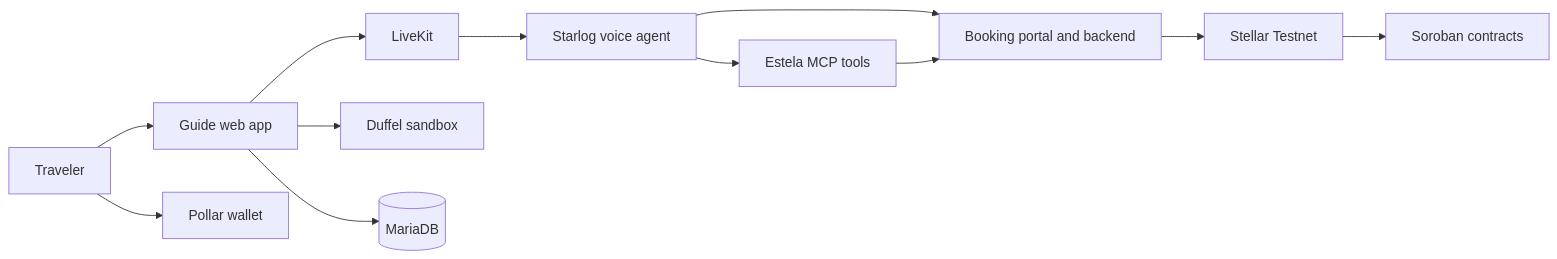
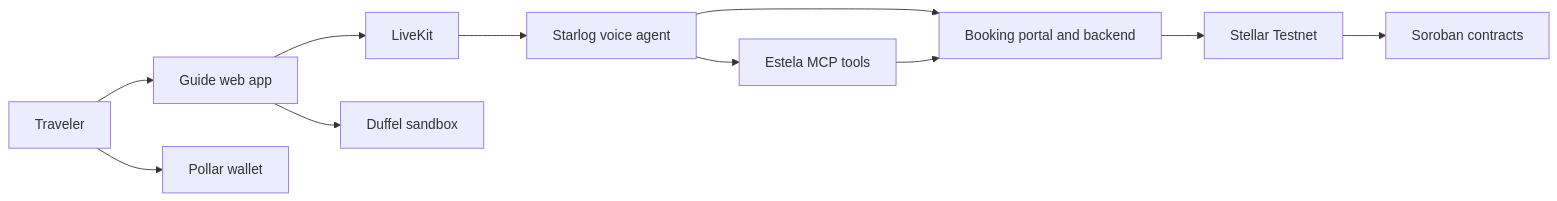
The diagram in README.md (yedidromero/Starlog), drawn with Mermaid before and after one commit. The commit also changed other lines of this file, not shown here.

```diff
--- a/README.md
+++ b/README.md
@@ -21,14 +21,13 @@
 ~~~mermaid
 flowchart LR
   Traveler --> Guide[Guide web app]
   Guide --> LiveKit[LiveKit]
   LiveKit --> Agent[Starlog voice agent]
   Agent --> MCP[Estela MCP tools]
   Guide --> Duffel[Duffel sandbox]
   Agent --> Web[Booking portal and backend]
   MCP --> Web
-  Guide --> MariaDB[(MariaDB)]
   Web --> Stellar[Stellar Testnet]
   Stellar --> Soroban[Soroban contracts]
   Traveler --> Pollar[Pollar wallet]
 ~~~
```
